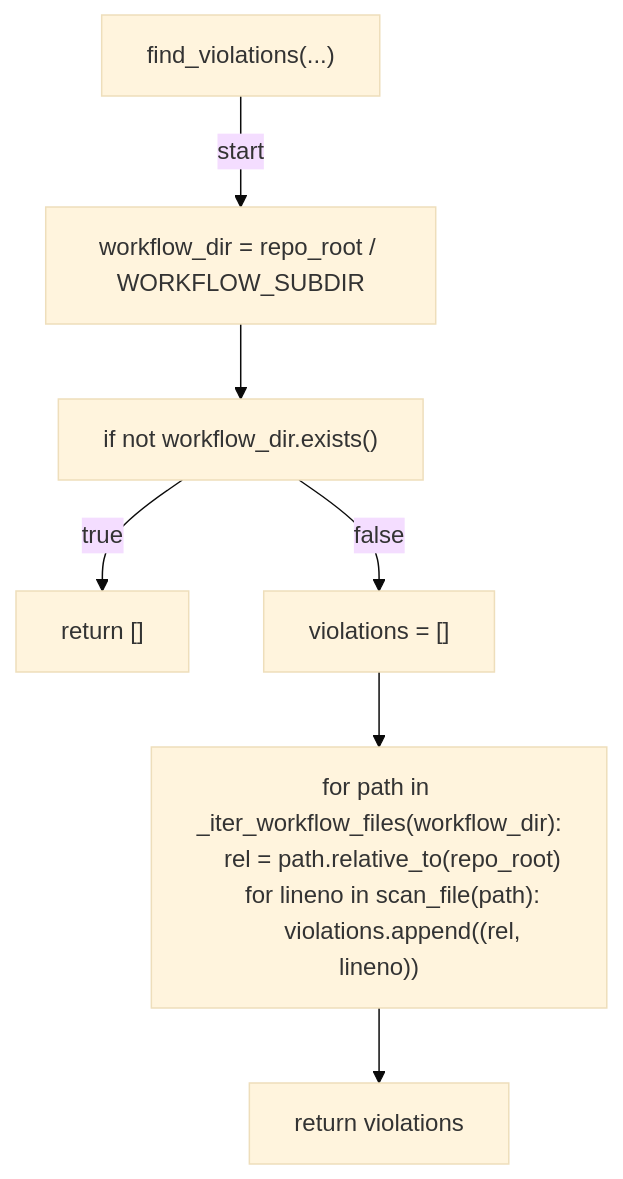
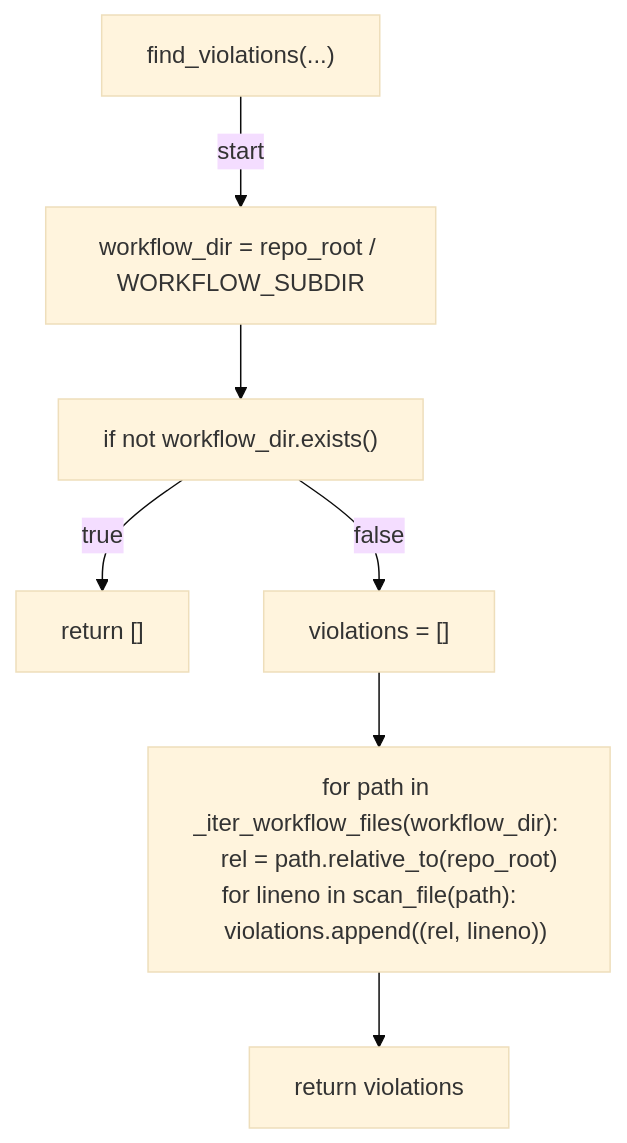
The fourth of 7 diagrams in docs/generated/scripts/ast/scan_workflow_pip.md (tvna/claude-md), drawn with Mermaid (base theme) before and after one commit. The commit also changed other lines of this file and 23 other files, not shown here.

First line of the commit message:
docs(generated): regenerate decision tree and workflow diagrams (batch 4/5)

````diff
--- a/docs/generated/scripts/ast/scan_workflow_pip.md
+++ b/docs/generated/scripts/ast/scan_workflow_pip.md
@@ -42,19 +42,16 @@
 ```mermaid
 flowchart TD
     N001["find_violations(...)"]
     N002["workflow_dir = repo_root / WORKFLOW_SUBDIR"]
     N003["if not workflow_dir.exists()"]
     N004["return []"]
     N005["violations = []"]
-    N006["for path in _iter_workflow_files(workflow_dir):
-    rel = path.relative_to(repo_root)
-    for lineno in scan_file(path):
-        violations.append((rel, lineno))"]
+    N006["for path in _iter_workflow_files(workflow_dir):     rel = path.relative_to(repo_root)     for lineno in scan_file(path):         violations.append((rel, lineno))"]
     N007["return violations"]
     N001 -->|"start"| N002
     N002 --> N003
     N003 -->|"true"| N004
     N003 -->|"false"| N005
     N005 --> N006
     N006 --> N007
 ```
````
